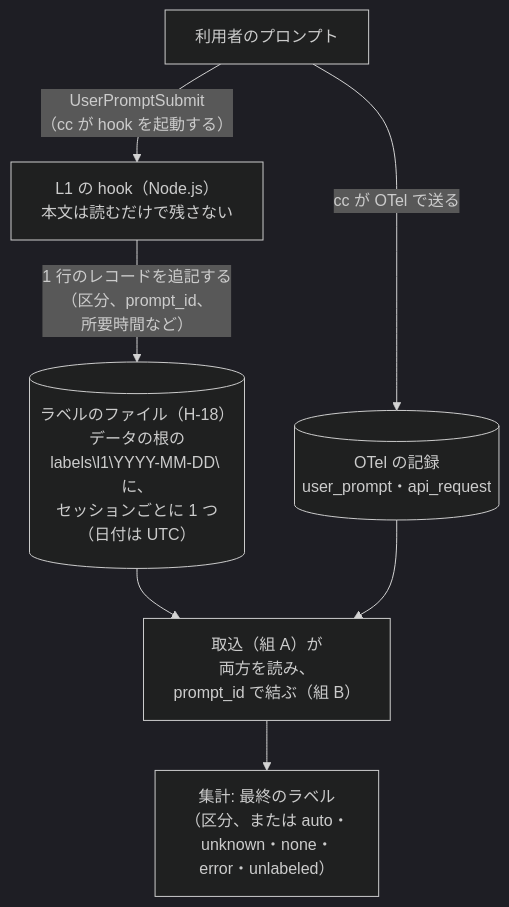
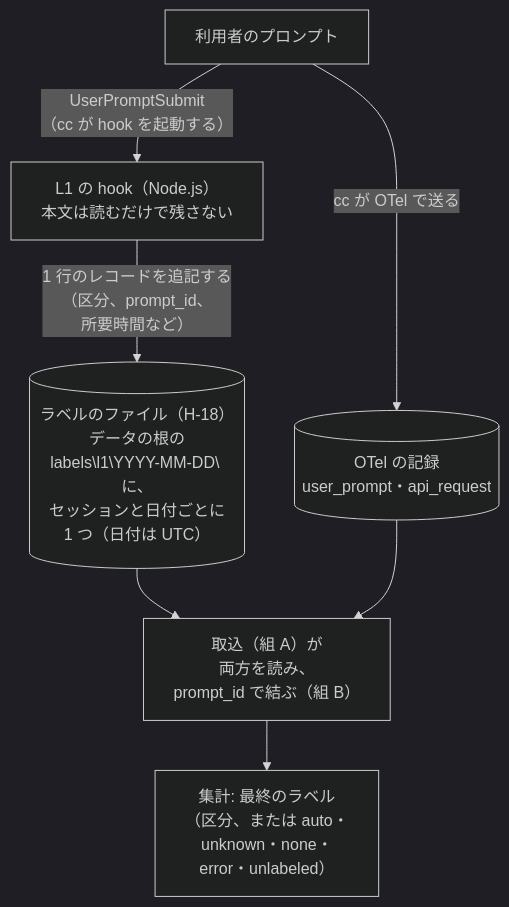
Before and after one commit to empty-can/research-by-cc: the diagram in research-for-local-mini-otel-infra/reports/02.設計/03.作業分類タグ/設計書.md, drawn with Mermaid (dark theme). The commit also changed other lines of this file and 17 other files, not shown here.

````diff
--- a/research-for-local-mini-otel-infra/reports/02.設計/03.作業分類タグ/設計書.md
+++ b/research-for-local-mini-otel-infra/reports/02.設計/03.作業分類タグ/設計書.md
@@ -90,15 +93,15 @@
 ```mermaid
 flowchart TB
   P["利用者のプロンプト"]
   HK["L1 の hook（Node.js）<br>本文は読むだけで残さない"]
-  LB[("ラベルのファイル（H-18）<br>データの根の<br>labels\l1\YYYY-MM-DD\ に、<br>セッションごとに 1 つ<br>（日付は UTC）")]
+  LB[("ラベルのファイル（H-18）<br>データの根の<br>labels\l1\YYYY-MM-DD\ に、<br>セッションと日付ごとに<br>1 つ（日付は UTC）")]
   OT[("OTel の記録<br>user_prompt・api_request")]
   ING["取込（組 A）が<br>両方を読み、<br>prompt_id で結ぶ（組 B）"]
   AG["集計: 最終のラベル<br>（区分、または auto・<br>unknown・none・<br>error・unlabeled）"]
   P -- "UserPromptSubmit<br>（cc が hook を起動する）" --> HK
   HK -- "1 行のレコードを追記する<br>（区分、prompt_id、<br>所要時間など）" --> LB
   P -- "cc が OTel で送る" --> OT
   LB --> ING
   OT --> ING
   ING --> AG
 ```
````
